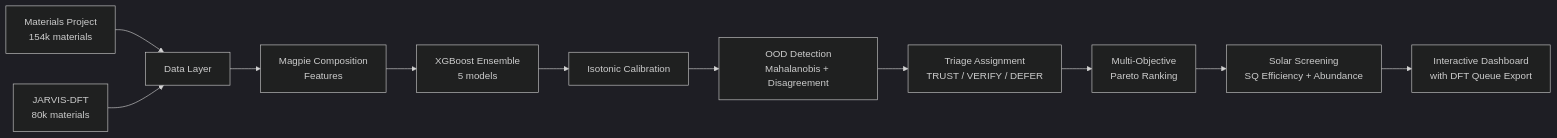
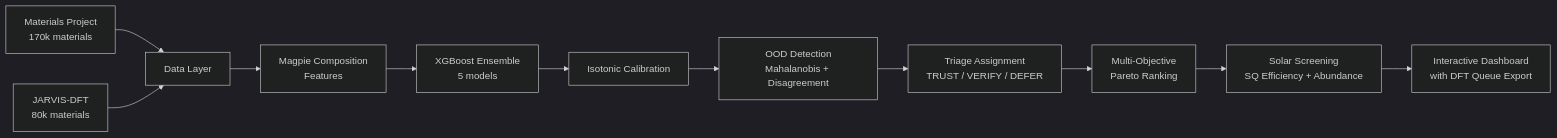
Before and after one commit to michaelmillar/matscreen: the diagram in README.md, drawn with Mermaid (dark theme).

Commit message:
fix README stale Materials Project material count 154k->170k

````diff
--- a/README.md
+++ b/README.md
@@ -65,13 +65,13 @@
 ```mermaid
 graph LR
-    A[Materials Project\n154k materials] --> D[Data Layer]
+    A[Materials Project\n170k materials] --> D[Data Layer]
     B[JARVIS-DFT\n80k materials] --> D
     D --> E[Magpie Composition\nFeatures]
     E --> F[XGBoost Ensemble\n5 models]
     F --> G[Isotonic Calibration]
     G --> H[OOD Detection\nMahalanobis + Disagreement]
     H --> I[Triage Assignment\nTRUST / VERIFY / DEFER]
     I --> J[Multi-Objective\nPareto Ranking]
     J --> K[Solar Screening\nSQ Efficiency + Abundance]
     K --> L[Interactive Dashboard\nwith DFT Queue Export]
 ```
````
